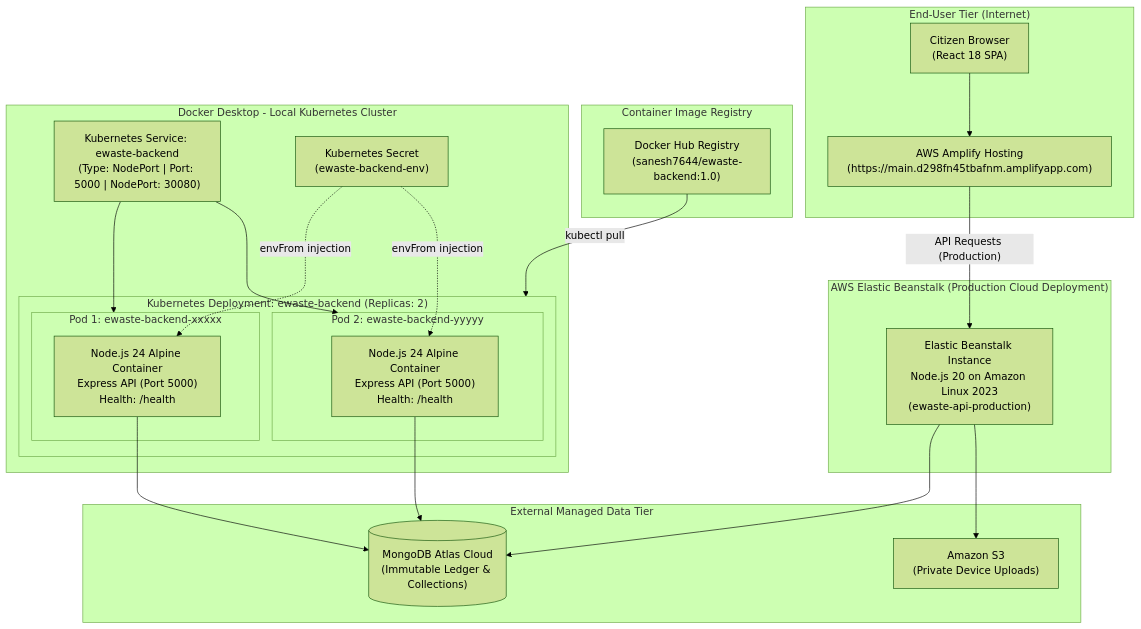
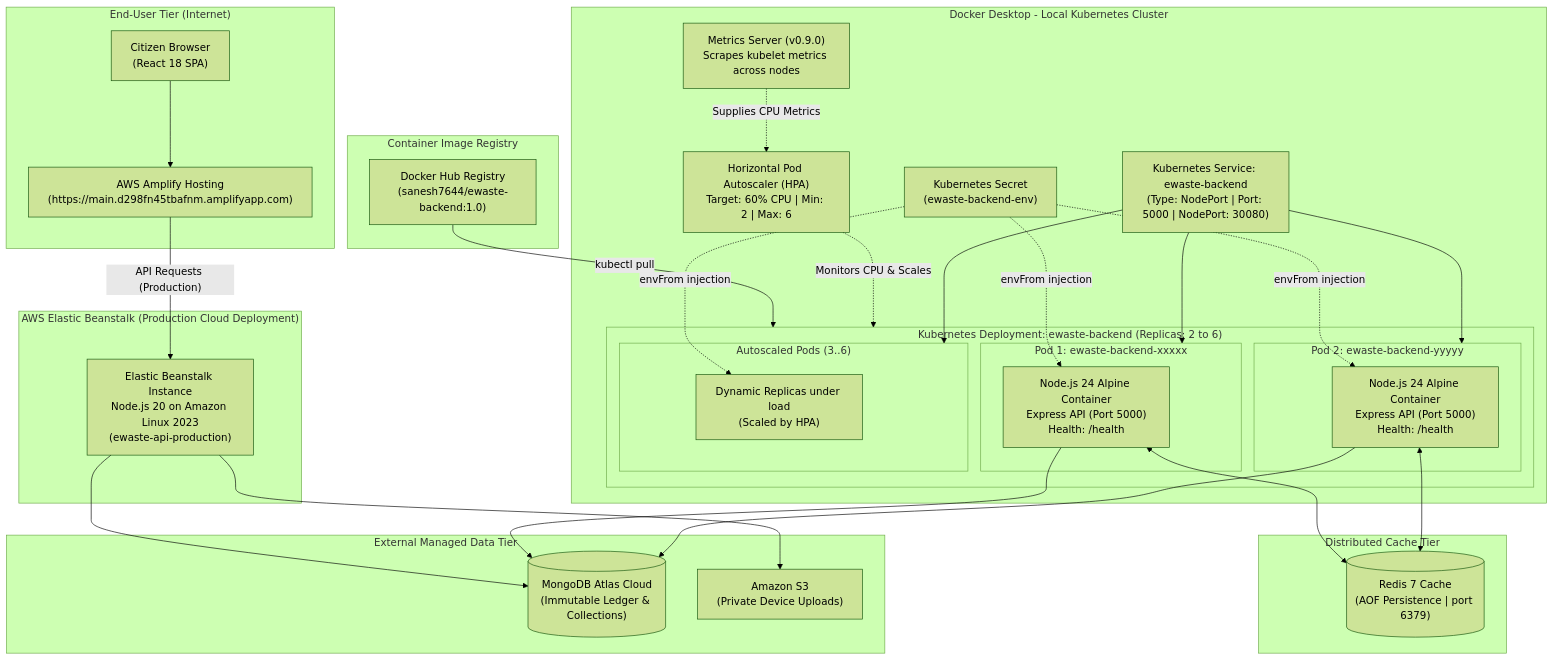
The second of 2 diagrams in README.md (Sanesh764/Energy_recycle), drawn with Mermaid (forest theme) before and after one commit. The commit also changed other lines of this file, not shown here.

Commit message:
feat: update README with enhanced project details, Redis caching integration, and improved testing metrics

````diff
--- a/README.md
+++ b/README.md
@@ -198,49 +218,65 @@
 ```mermaid
 flowchart TD
     subgraph PublicClient["End-User Tier (Internet)"]
         CitizenBrowser["Citizen Browser\n(React 18 SPA)"]
         AmplifyFrontend["AWS Amplify Hosting\n(https://main.d298fn45tbafnm.amplifyapp.com)"]
     end
 
     subgraph Registry["Container Image Registry"]
         DockerHub["Docker Hub Registry\n(sanesh7644/ewaste-backend:1.0)"]
     end
 
     subgraph LocalK8s["Docker Desktop - Local Kubernetes Cluster"]
         K8sService["Kubernetes Service: ewaste-backend\n(Type: NodePort | Port: 5000 | NodePort: 30080)"]
         K8sSecret["Kubernetes Secret\n(ewaste-backend-env)"]
+        HPA["Horizontal Pod Autoscaler (HPA)\nTarget: 60% CPU | Min: 2 | Max: 6"]
+        MetricsServer["Metrics Server (v0.9.0)\nScrapes kubelet metrics across nodes"]
 
-        subgraph K8sDeployment["Kubernetes Deployment: ewaste-backend (Replicas: 2)"]
+        subgraph K8sDeployment["Kubernetes Deployment: ewaste-backend (Replicas: 2 to 6)"]
             subgraph Pod1["Pod 1: ewaste-backend-xxxxx"]
                 Container1["Node.js 24 Alpine Container\nExpress API (Port 5000)\nHealth: /health"]
             end
             subgraph Pod2["Pod 2: ewaste-backend-yyyyy"]
                 Container2["Node.js 24 Alpine Container\nExpress API (Port 5000)\nHealth: /health"]
             end
+            subgraph PodN["Autoscaled Pods (3..6)"]
+                ContainerN["Dynamic Replicas under load\n(Scaled by HPA)"]
+            end
         end
+    end
+
+    subgraph CachingTier["Distributed Cache Tier"]
+        RedisCluster[("Redis 7 Cache\n(AOF Persistence | port 6379)")]
     end
 
     subgraph DataStorage["External Managed Data Tier"]
         MongoAtlas[("MongoDB Atlas Cloud\n(Immutable Ledger & Collections)")]
         S3Bucket["Amazon S3\n(Private Device Uploads)"]
     end
 
     subgraph AWSCloudBackend["AWS Elastic Beanstalk (Production Cloud Deployment)"]
         EBInstance["Elastic Beanstalk Instance\nNode.js 20 on Amazon Linux 2023\n(ewaste-api-production)"]
     end
 
     %% Flow connections
     CitizenBrowser --> AmplifyFrontend
     AmplifyFrontend -- "API Requests (Production)" --> EBInstance
     EBInstance --> MongoAtlas
     EBInstance --> S3Bucket
 
     DockerHub -- "kubectl pull" --> K8sDeployment
     K8sSecret -. "envFrom injection" .-> Container1
     K8sSecret -. "envFrom injection" .-> Container2
+    K8sSecret -. "envFrom injection" .-> ContainerN
+
+    HPA -. "Monitors CPU & Scales" .-> K8sDeployment
+    MetricsServer -. "Supplies CPU Metrics" .-> HPA
 
     K8sService --> Pod1
     K8sService --> Pod2
+    K8sService --> PodN
     Container1 --> MongoAtlas
     Container2 --> MongoAtlas
+    Container1 <--> RedisCluster
+    Container2 <--> RedisCluster
 ```
````
